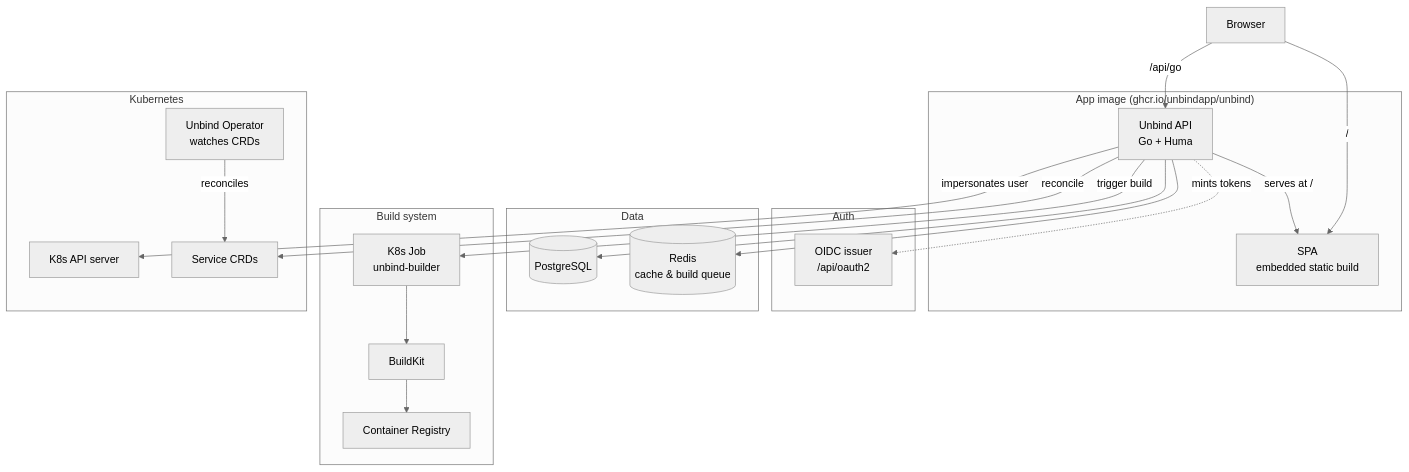
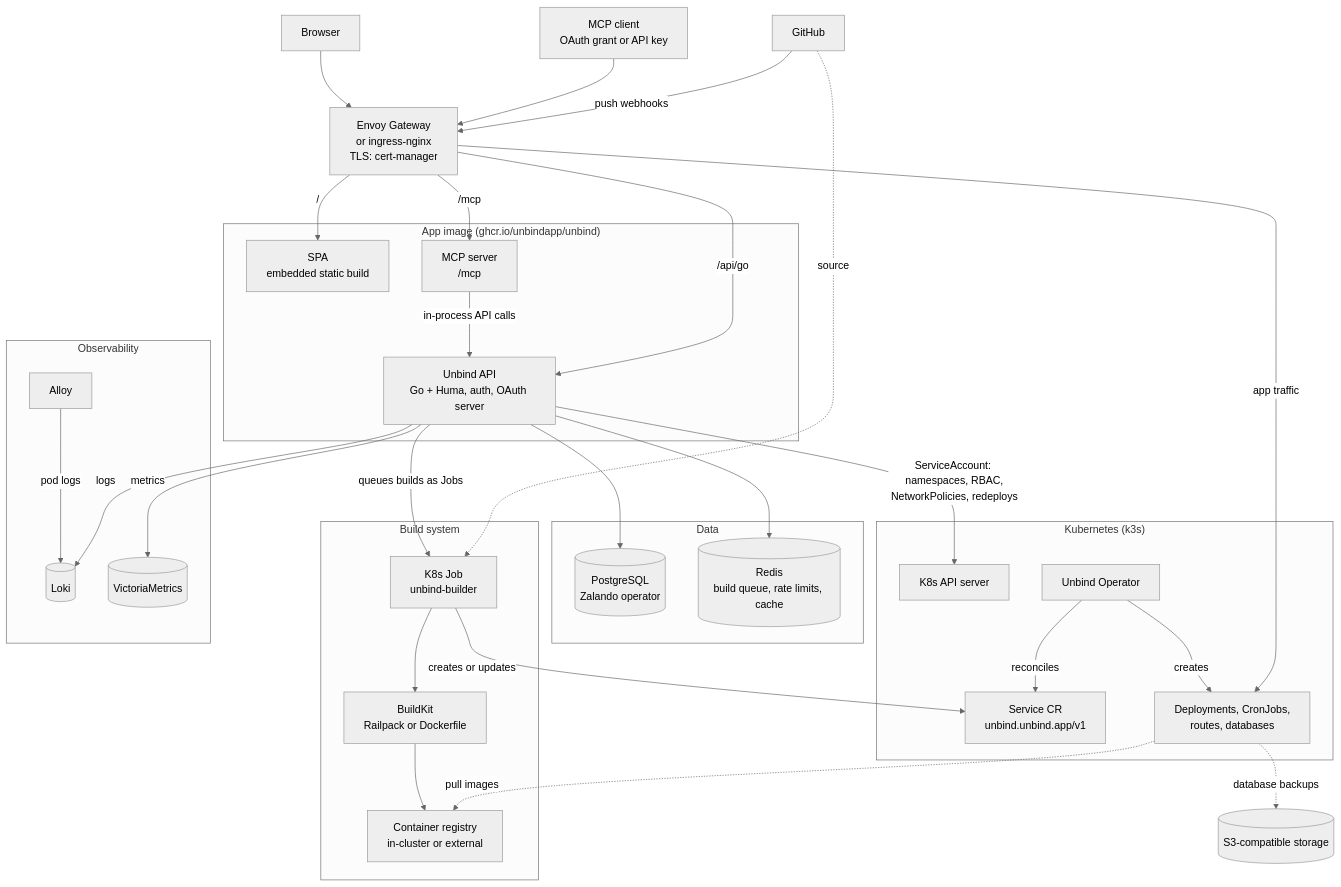
One commit to unbindapp/unbind changed the diagram in README.md. Above: the diagram before and after it, drawn with Mermaid (neutral theme). The commit also changed 1 other file, not shown here.

Commit message:
docs: update readme architecture diagram
The diagram still showed user impersonation, a separate OIDC issuer and
the API creating the Service CR. The API uses its own ServiceAccount and
is its own issuer, and the builder Job writes the CR. Adds the MCP
server, gateway, GitHub, logs, metrics and backups.

Fixes the same CR claim in How Unbind Works.

````diff
--- a/README.md
+++ b/README.md
@@ -57,40 +57,63 @@
 ```mermaid
 graph TB
+    Browser
+    MCPClient[MCP client<br/>OAuth grant or API key]
+    GitHub
+
+    Gateway[Envoy Gateway<br/>or ingress-nginx<br/>TLS: cert-manager]
+
     subgraph "App image (ghcr.io/unbindapp/unbind)"
         SPA[SPA<br/>embedded static build]
-        API[Unbind API<br/>Go + Huma]
-        API -->|serves at /| SPA
-    end
-
-    subgraph "Auth"
-        OIDC[OIDC issuer<br/>/api/oauth2]
+        API[Unbind API<br/>Go + Huma, auth, OAuth server]
+        MCP[MCP server<br/>/mcp]
+        MCP -->|in-process API calls| API
     end
 
     subgraph "Data"
-        DB[(PostgreSQL)]
-        Redis[(Redis<br/>cache & build queue)]
+        DB[(PostgreSQL<br/>Zalando operator)]
+        Redis[(Redis<br/>build queue, rate limits, cache)]
     end
 
     subgraph "Build system"
         BuildJob[K8s Job<br/>unbind-builder]
-        BuildKit[BuildKit]
-        Registry[Container Registry]
+        BuildKit[BuildKit<br/>Railpack or Dockerfile]
+        Registry[Container registry<br/>in-cluster or external]
         BuildJob --> BuildKit --> Registry
     end
 
-    subgraph "Kubernetes"
+    subgraph "Kubernetes (k3s)"
         KubeAPI[K8s API server]
-        Operator[Unbind Operator<br/>watches CRDs]
-        CRD[Service CRDs]
-        Operator -->|reconciles| CRD
+        CR[Service CR<br/>unbind.unbind.app/v1]
+        Operator[Unbind Operator]
+        Workloads[Deployments, CronJobs,<br/>routes, databases]
+        Operator -->|reconciles| CR
+        Operator -->|creates| Workloads
     end
 
-    Browser -->|/| SPA
-    Browser -->|/api/go| API
+    subgraph "Observability"
+        Alloy[Alloy]
+        Loki[(Loki)]
+        VM[(VictoriaMetrics)]
+        Alloy -->|pod logs| Loki
+    end
+
+    S3[(S3-compatible storage)]
+
+    Browser --> Gateway
+    MCPClient --> Gateway
+    GitHub -->|push webhooks| Gateway
+    Gateway -->|/| SPA
+    Gateway -->|/api/go| API
+    Gateway -->|/mcp| MCP
+    Gateway -->|app traffic| Workloads
     API --> DB
     API --> Redis
-    API -->|trigger build| BuildJob
-    API -->|reconcile| CRD
-    API -.->|mints tokens| OIDC
-    API -->|impersonates user| KubeAPI
+    API -->|queues builds as Jobs| BuildJob
+    API -->|ServiceAccount: namespaces, RBAC,<br/>NetworkPolicies, redeploys| KubeAPI
+    API -->|logs| Loki
+    API -->|metrics| VM
+    GitHub -.->|source| BuildJob
+    BuildJob -->|creates or updates| CR
+    Workloads -.->|pull images| Registry
+    Workloads -.->|database backups| S3
 ```
````
